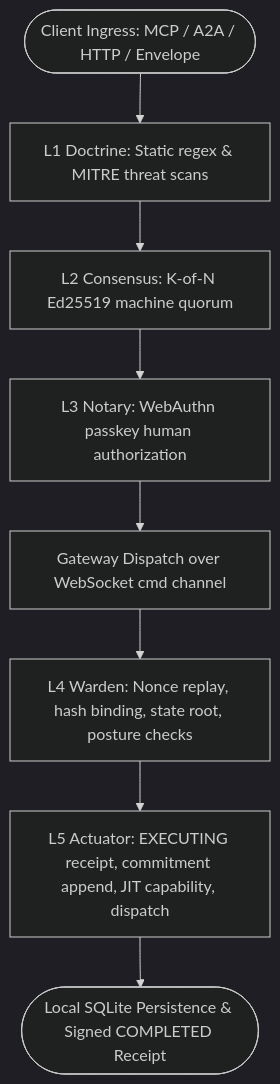
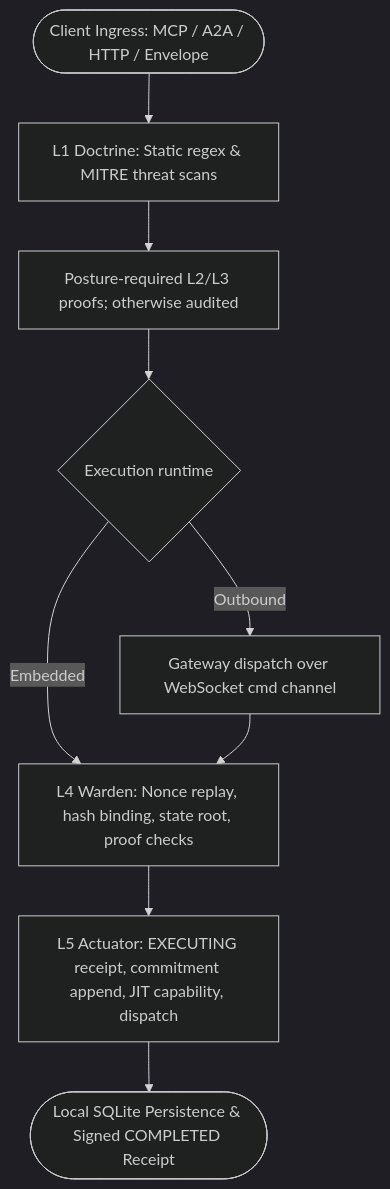
The first of 2 diagrams in docs/architecture/governance.md (zerotrustdata/ztd), drawn with Mermaid (dark theme) before and after one commit. The commit also changed other lines of this file and 735 other files, not shown here.

````diff
--- a/docs/architecture/governance.md
+++ b/docs/architecture/governance.md
@@ -158,10 +165,11 @@
 ```mermaid
 flowchart TD
     Ingress([Client Ingress: MCP / A2A / HTTP / Envelope]) --> L1[L1 Doctrine: Static regex & MITRE threat scans]
-    L1 --> L2[L2 Consensus: K-of-N Ed25519 machine quorum]
-    L2 --> L3[L3 Notary: WebAuthn passkey human authorization]
-    L3 --> Dispatch[Gateway Dispatch over WebSocket cmd channel]
-    Dispatch --> L4[L4 Warden: Nonce replay, hash binding, state root, posture checks]
+    L1 --> Proofs[Posture-required L2/L3 proofs; otherwise audited]
+    Proofs --> Runtime{Execution runtime}
+    Runtime -->|Embedded| L4[L4 Warden: Nonce replay, hash binding, state root, proof checks]
+    Runtime -->|Outbound| Dispatch[Gateway dispatch over WebSocket cmd channel]
+    Dispatch --> L4
     L4 --> L5[L5 Actuator: EXECUTING receipt, commitment append, JIT capability, dispatch]
     L5 --> Finish([Local SQLite Persistence & Signed COMPLETED Receipt])
 ```
````
